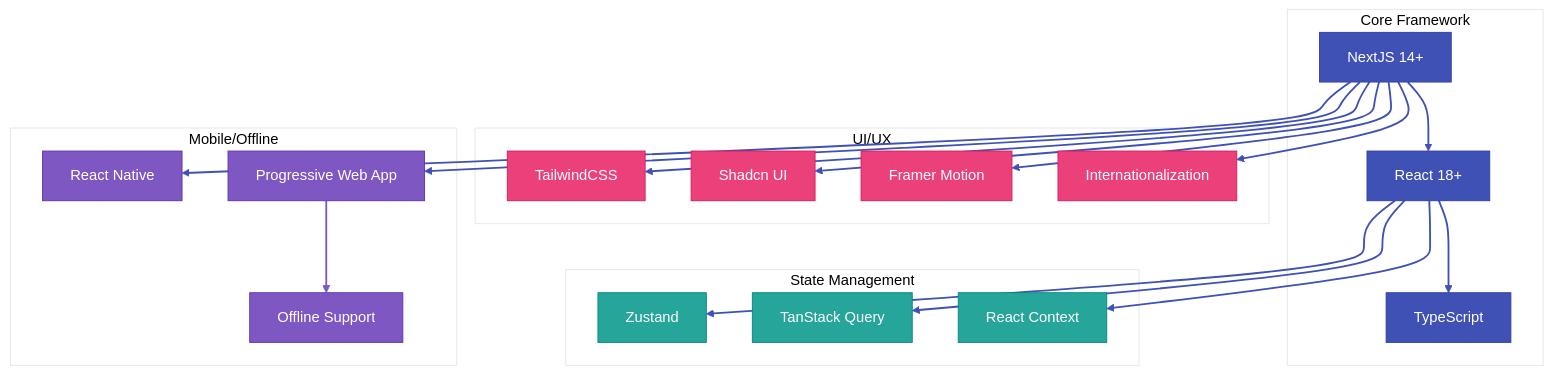
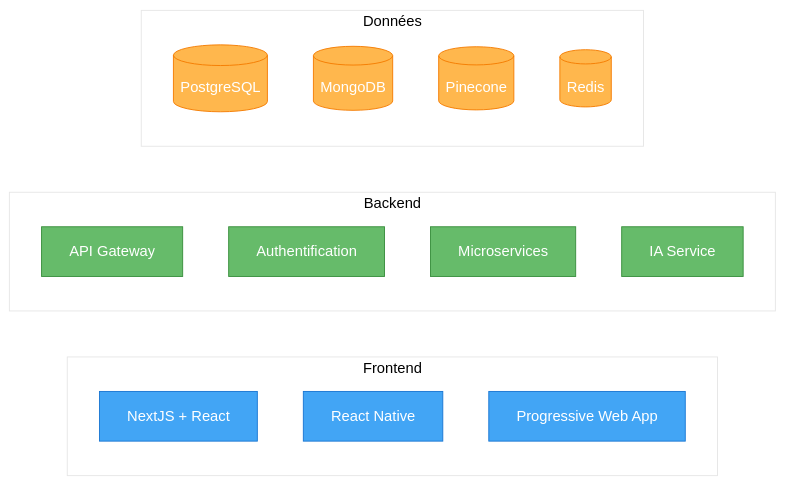
Before and after one commit to MacroMan5/project_a3e_beta: the second of 11 diagrams in project/4_technical_architecture/STACK_TECHNIQUE.md, drawn with Mermaid. The commit also changed other lines of this file and 23 other files, not shown here.

````diff
--- a/project/4_technical_architecture/STACK_TECHNIQUE.md
+++ b/project/4_technical_architecture/STACK_TECHNIQUE.md
@@ -129,62 +84,32 @@
 ```mermaid
 %%{init: {'theme': 'base', 'themeVariables': { 'primaryColor': '#f5f5f5', 'lineColor': '#999'}}}%%
-graph TD
-    classDef core fill:#3F51B5,stroke:#303F9F,color:white
-    classDef ui fill:#EC407A,stroke:#D81B60,color:white
-    classDef state fill:#26A69A,stroke:#00897B,color:white
-    classDef mobile fill:#7E57C2,stroke:#5E35B1,color:white
+graph LR
+    classDef frontend fill:#42A5F5,stroke:#1976D2,color:white
+    classDef backend fill:#66BB6A,stroke:#388E3C,color:white
+    classDef data fill:#FFB74D,stroke:#F57C00,color:white
 
-    subgraph "Core Framework"
-        Next[NextJS 14+]
-        React[React 18+]
-        TS[TypeScript]
+    subgraph "Frontend"
+        Web[NextJS + React]
+        Mobile[React Native]
+        PWA[Progressive Web App]
     end
     
-    subgraph "UI/UX"
-        Tailwind[TailwindCSS]
-        Shadcn[Shadcn UI]
-        Motion[Framer Motion]
-        i18n[Internationalization]
+    subgraph "Backend"
+        API[API Gateway]
+        Auth[Authentification]
+        MS[Microservices]
+        IA[IA Service]
     end
     
-    subgraph "State Management"
-        Zustand[Zustand]
-        ReactQuery[TanStack Query]
-        Context[React Context]
+    subgraph "Données"
+        SQL[(PostgreSQL)]
+        Doc[(MongoDB)]
+        Vector[(Pinecone)]
+        Cache[(Redis)]
     end
     
-    subgraph "Mobile/Offline"
-        RN[React Native]
-        PWA[Progressive Web App]
-        Offline[Offline Support]
-    end
-    
-    Next --> React
-    React --> TS
-    
-    Next --> Tailwind
-    Next --> Shadcn
-    Next --> Motion
-    Next --> i18n
-    
-    React --> Zustand
-    React --> ReactQuery
-    React --> Context
-    
-    Next --> RN
-    Next --> PWA
-    PWA --> Offline
-    
     %% Apply classes
-    class Next,React,TS core
-    class Tailwind,Shadcn,Motion,i18n ui
-    class Zustand,ReactQuery,Context state
-    class RN,PWA,Offline mobile
-    
-    %% Link styling
-    linkStyle 0,1 stroke:#3F51B5,stroke-width:2px
-    linkStyle 2,3,4,5 stroke:#3F51B5,stroke-width:2px
-    linkStyle 6,7,8 stroke:#3F51B5,stroke-width:2px
-    linkStyle 9,10 stroke:#3F51B5,stroke-width:2px
-    linkStyle 11 stroke:#7E57C2,stroke-width:2px
+    class Web,Mobile,PWA frontend
+    class API,Auth,MS,IA backend
+    class SQL,Doc,Vector,Cache data
 ```
````
